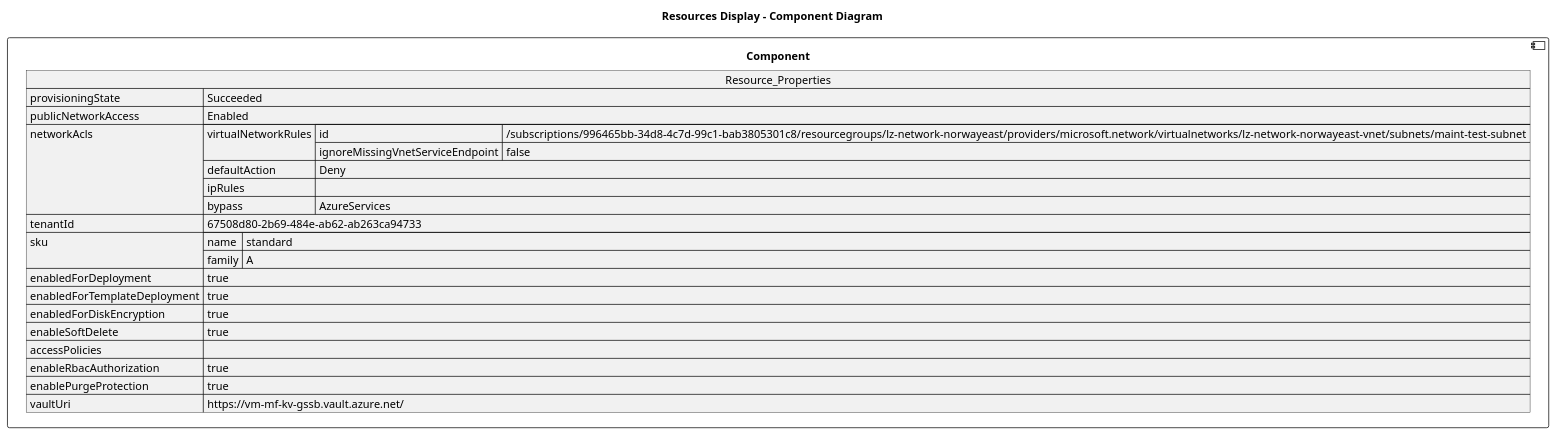
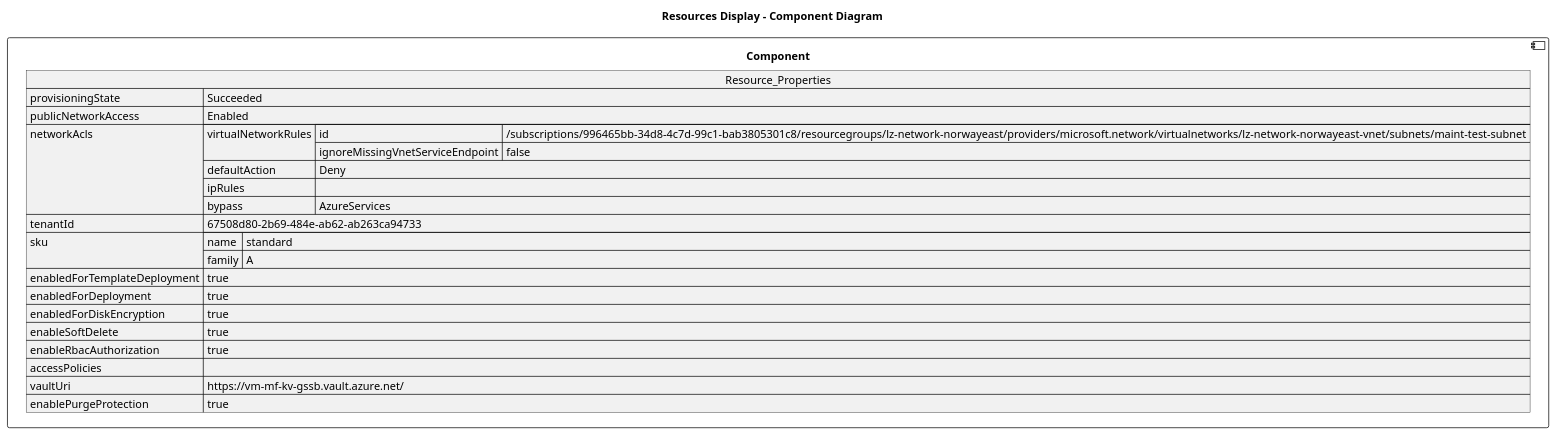
The diagram in architectureDesign/PUML/maksym-maintenanceConfig_Resources/vm_mf_kv_gssb.puml (DanielAmpong/Test-Azure-architecture-diagram), drawn with PlantUML before and after one commit. The commit also changed 762 other files, not shown here.

```diff
--- a/architectureDesign/PUML/maksym-maintenanceConfig_Resources/vm_mf_kv_gssb.puml
+++ b/architectureDesign/PUML/maksym-maintenanceConfig_Resources/vm_mf_kv_gssb.puml
@@ -1,36 +1,36 @@
 @startuml
 
 title Resources Display - Component Diagram
 
 component Component {
 
 json  Resource_Properties {
   "provisioningState": "Succeeded",
   "publicNetworkAccess": "Enabled",
   "networkAcls": {
     "virtualNetworkRules": [
       {
         "id": "/subscriptions/996465bb-34d8-4c7d-99c1-bab3805301c8/resourcegroups/lz-network-norwayeast/providers/microsoft.network/virtualnetworks/lz-network-norwayeast-vnet/subnets/maint-test-subnet",
         "ignoreMissingVnetServiceEndpoint": false
       }
     ],
     "defaultAction": "Deny",
     "ipRules": [],
     "bypass": "AzureServices"
   },
   "tenantId": "67508d80-2b69-484e-ab62-ab263ca94733",
   "sku": {
     "name": "standard",
     "family": "A"
   },
+  "enabledForTemplateDeployment": true,
   "enabledForDeployment": true,
-  "enabledForTemplateDeployment": true,
   "enabledForDiskEncryption": true,
   "enableSoftDelete": true,
+  "enableRbacAuthorization": true,
   "accessPolicies": [],
-  "enableRbacAuthorization": true,
-  "enablePurgeProtection": true,
-  "vaultUri": "https://vm-mf-kv-gssb.vault.azure.net/"
+  "vaultUri": "https://vm-mf-kv-gssb.vault.azure.net/",
+  "enablePurgeProtection": true
 }
 }
 @enduml
```
